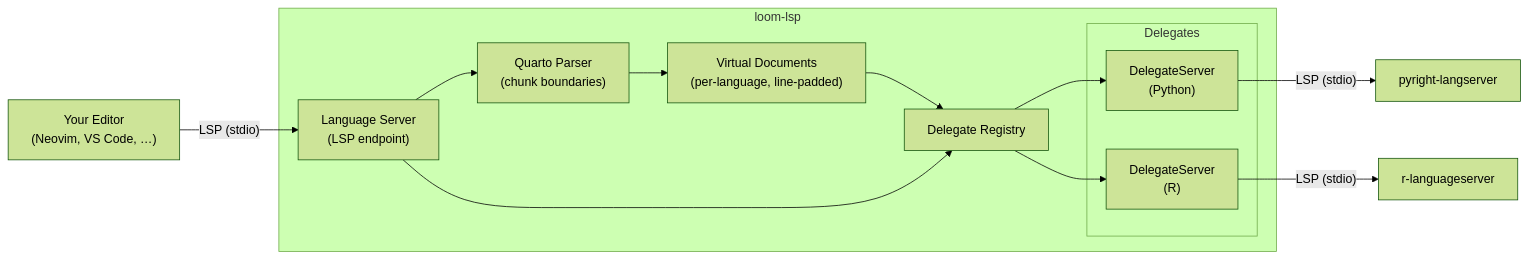
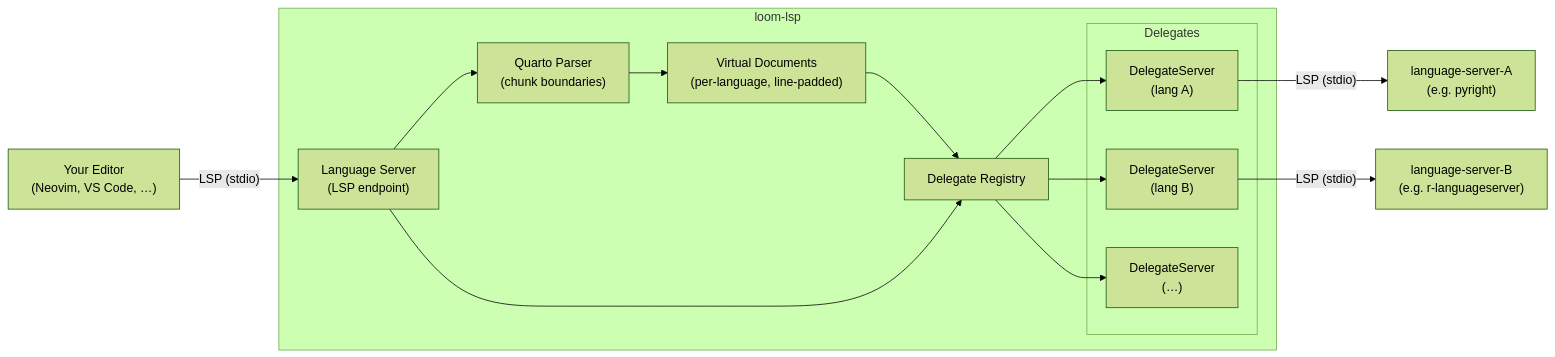
Before and after one commit to PMassicotte/loom-lsp: the diagram in README.md, drawn with Mermaid (forest theme). The commit also changed other lines of this file, not shown here.

Commit message:
docs(README.md): update architecture section with detailed explanation of request handling and delegate process management

````diff
--- a/README.md
+++ b/README.md
@@ -31,29 +33,31 @@
 ```mermaid
 flowchart LR
     Editor["Your Editor\n(Neovim, VS Code, …)"]
 
     subgraph loom-lsp
         LS["Language Server\n(LSP endpoint)"]
         Parser["Quarto Parser\n(chunk boundaries)"]
         VDocs["Virtual Documents\n(per-language, line-padded)"]
         Registry["Delegate Registry"]
 
         subgraph Delegates
-            DS1["DelegateServer\n(Python)"]
-            DS2["DelegateServer\n(R)"]
+            DS1["DelegateServer\n(lang A)"]
+            DS2["DelegateServer\n(lang B)"]
+            DSN["DelegateServer\n(…)"]
         end
     end
 
-    Pyright["pyright-langserver"]
-    RLS["r-languageserver"]
+    LSA["language-server-A\n(e.g. pyright)"]
+    LSB["language-server-B\n(e.g. r-languageserver)"]
 
     Editor -- "LSP (stdio)" --> LS
     LS --> Parser
     Parser --> VDocs
     VDocs --> Registry
     LS --> Registry
     Registry --> DS1
     Registry --> DS2
-    DS1 -- "LSP (stdio)" --> Pyright
-    DS2 -- "LSP (stdio)" --> RLS
+    Registry --> DSN
+    DS1 -- "LSP (stdio)" --> LSA
+    DS2 -- "LSP (stdio)" --> LSB
 ```
````
